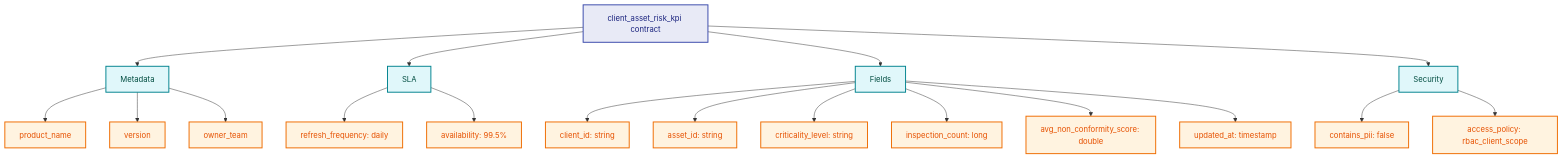
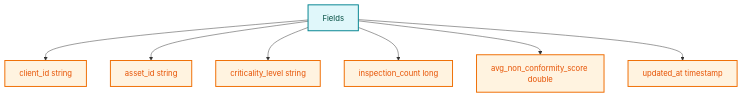
Diagram 15 of 19 in README.md (willtran112358/socotec-client-data-solution), drawn with Mermaid before and after one commit. The commit also changed other lines of this file, not shown here.

Commit message:
Improve API contract diagram for mobile readability.
Split the wide API contract graph into smaller top-down Mermaid diagrams (overview, metadata/SLA, fields, security) to avoid horizontal overflow on mobile screens.

````diff
--- a/README.md
+++ b/README.md
@@ -297,31 +325,14 @@
 ```mermaid
 flowchart TB
-    ROOT["client_asset_risk_kpi contract"] --> M["Metadata"]
-    ROOT --> S["SLA"]
-    ROOT --> F["Fields"]
-    ROOT --> SEC["Security"]
+    F["Fields"] --> F1["client_id string"]
+    F --> F2["asset_id string"]
+    F --> F3["criticality_level string"]
+    F --> F4["inspection_count long"]
+    F --> F5["avg_non_conformity_score double"]
+    F --> F6["updated_at timestamp"]
 
-    M --> M1["product_name"]
-    M --> M2["version"]
-    M --> M3["owner_team"]
-
-    S --> S1["refresh_frequency: daily"]
-    S --> S2["availability: 99.5%"]
-
-    F --> F1["client_id: string"]
-    F --> F2["asset_id: string"]
-    F --> F3["criticality_level: string"]
-    F --> F4["inspection_count: long"]
-    F --> F5["avg_non_conformity_score: double"]
-    F --> F6["updated_at: timestamp"]
-
-    SEC --> SC1["contains_pii: false"]
-    SEC --> SC2["access_policy: rbac_client_scope"]
-
-    classDef root fill:#E8EAF6,stroke:#3949AB,stroke-width:2px,color:#1A237E;
     classDef group fill:#E0F7FA,stroke:#00838F,stroke-width:2px,color:#004D40;
     classDef leaf fill:#FFF3E0,stroke:#EF6C00,stroke-width:2px,color:#E65100;
-    class ROOT root;
-    class M,S,F,SEC group;
-    class M1,M2,M3,S1,S2,F1,F2,F3,F4,F5,F6,SC1,SC2 leaf;
+    class F group;
+    class F1,F2,F3,F4,F5,F6 leaf;
 ```
````
